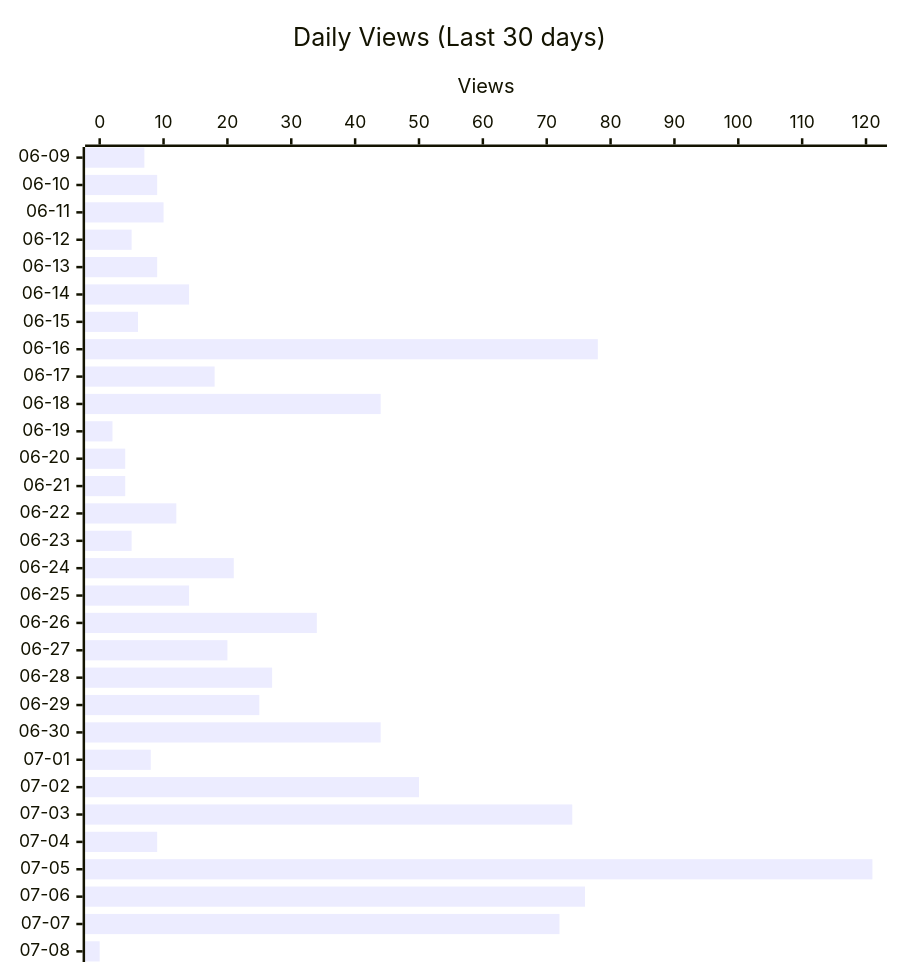
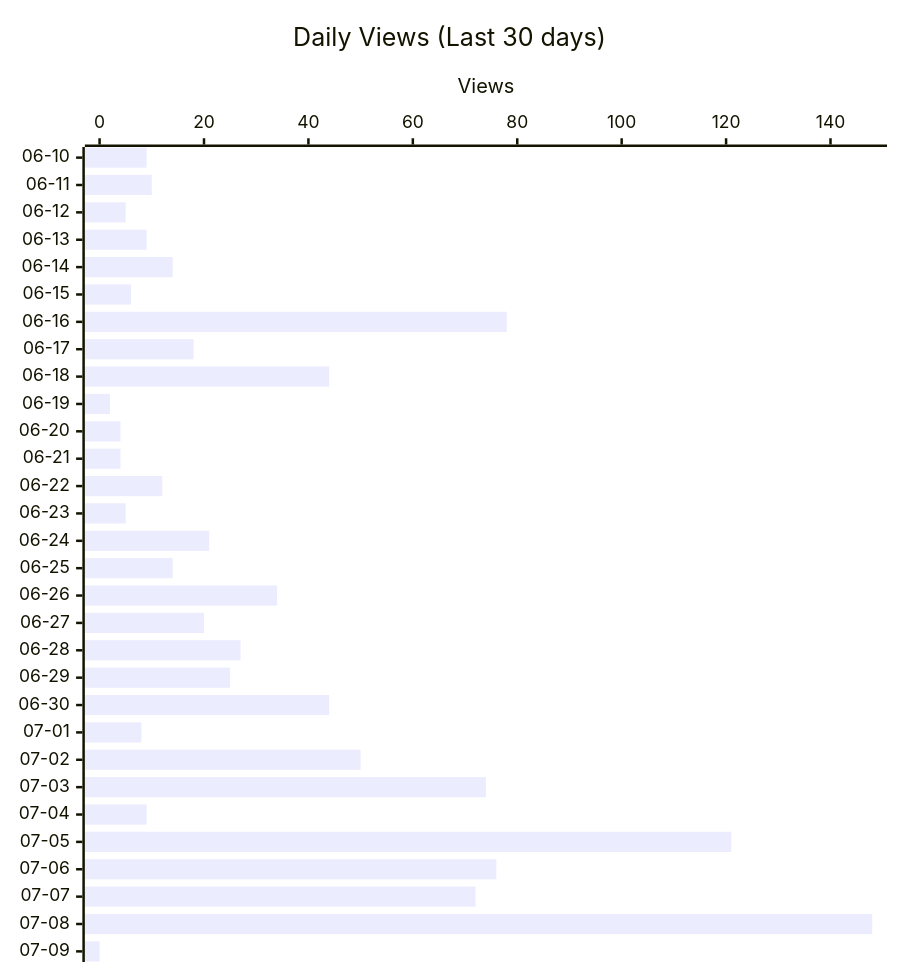
The second of 4 diagrams in README.md (shigechika/github-insights), drawn with Mermaid before and after one commit. The commit also changed other lines of this file and 2 other files, not shown here.

````diff
--- a/README.md
+++ b/README.md
@@ -28,12 +28,12 @@
 ```mermaid
 ---
 config:
   xyChart:
     height: 760
 ---
 xychart-beta horizontal
     title "Daily Views (Last 30 days)"
-    x-axis ["06-09", "06-10", "06-11", "06-12", "06-13", "06-14", "06-15", "06-16", "06-17", "06-18", "06-19", "06-20", "06-21", "06-22", "06-23", "06-24", "06-25", "06-26", "06-27", "06-28", "06-29", "06-30", "07-01", "07-02", "07-03", "07-04", "07-05", "07-06", "07-07", "07-08"]
+    x-axis ["06-10", "06-11", "06-12", "06-13", "06-14", "06-15", "06-16", "06-17", "06-18", "06-19", "06-20", "06-21", "06-22", "06-23", "06-24", "06-25", "06-26", "06-27", "06-28", "06-29", "06-30", "07-01", "07-02", "07-03", "07-04", "07-05", "07-06", "07-07", "07-08", "07-09"]
     y-axis "Views"
-    bar [7, 9, 10, 5, 9, 14, 6, 78, 18, 44, 2, 4, 4, 12, 5, 21, 14, 34, 20, 27, 25, 44, 8, 50, 74, 9, 121, 76, 72, 0]
+    bar [9, 10, 5, 9, 14, 6, 78, 18, 44, 2, 4, 4, 12, 5, 21, 14, 34, 20, 27, 25, 44, 8, 50, 74, 9, 121, 76, 72, 148, 0]
 ```
````
